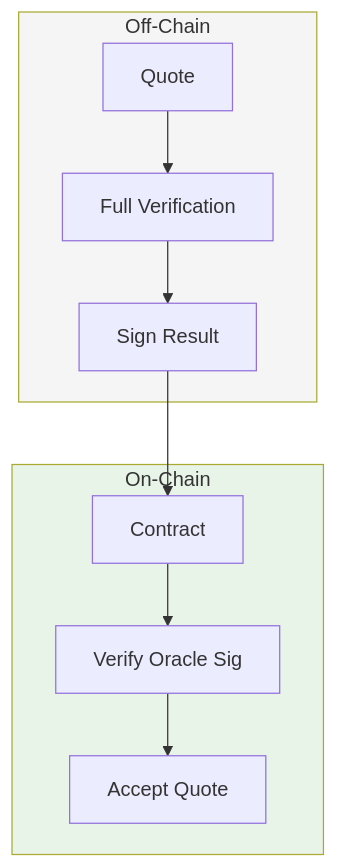
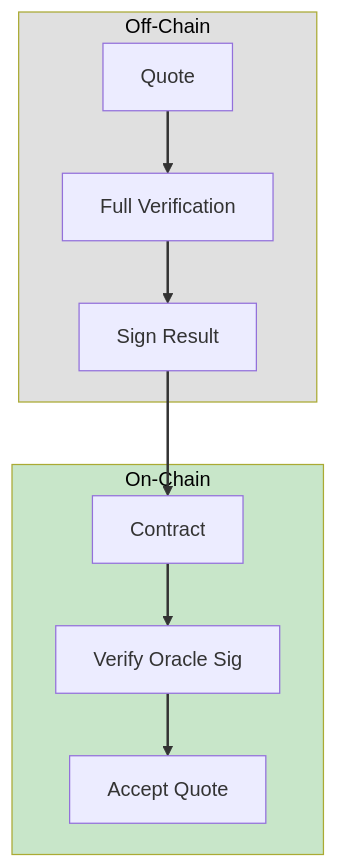
One commit to V-k-h/roots-of-trust changed the fourth of 6 diagrams in posts/01-x509-verification-on-chain.md. Above: the diagram before and after it, drawn with Mermaid. The commit also changed other lines of this file, not shown here.

First line of the commit message:
Refine X.509 verification on-chain documentation

````diff
--- a/posts/01-x509-verification-on-chain.md
+++ b/posts/01-x509-verification-on-chain.md
@@ -189,16 +190,18 @@
 ```mermaid
 flowchart TD
     subgraph OffChain["Off-Chain"]
         Quote[Quote] --> Verifier[Full Verification]
         Verifier --> Sign[Sign Result]
     end
     
     subgraph OnChain["On-Chain"]
         Sign --> Contract[Contract]
         Contract --> CheckSig[Verify Oracle Sig]
         CheckSig --> Accept[Accept Quote]
     end
     
-    style OffChain fill:#f5f5f5
-    style OnChain fill:#e8f4e8
+    style OffChain fill:#e0e0e0,color:#000
+    style OnChain fill:#c8e6c9,color:#000
+    
+    linkStyle default stroke:#333,stroke-width:2px
 ```
````
